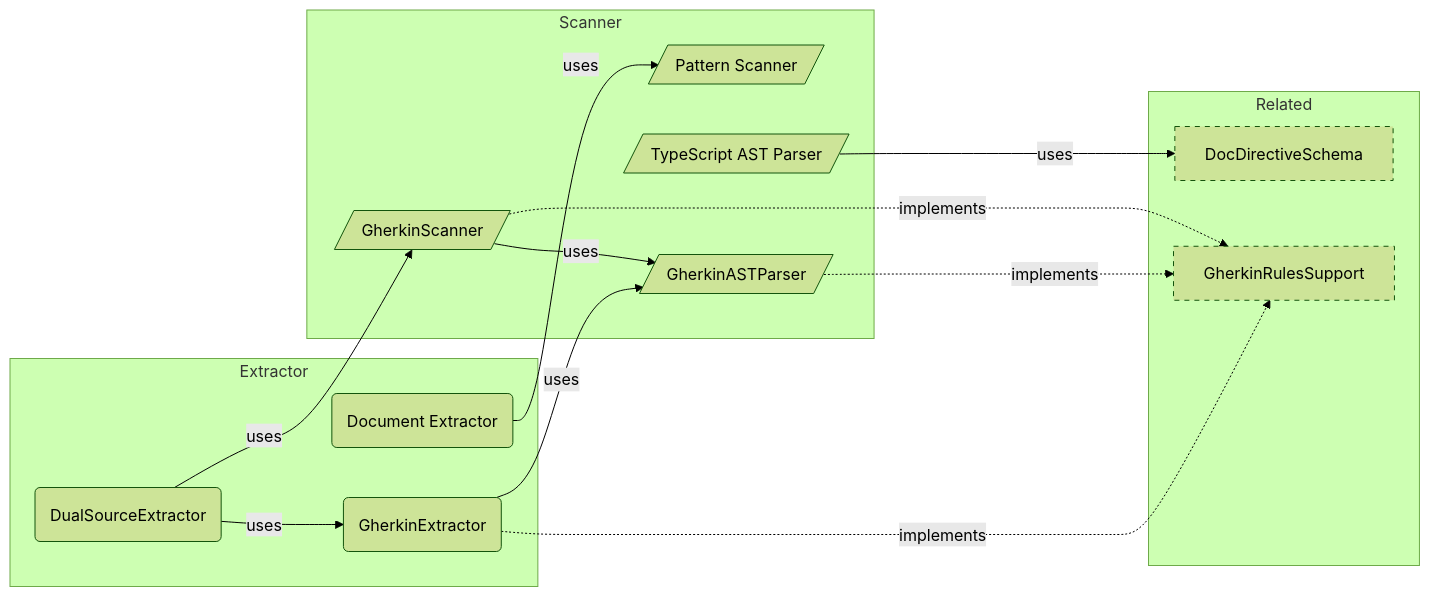
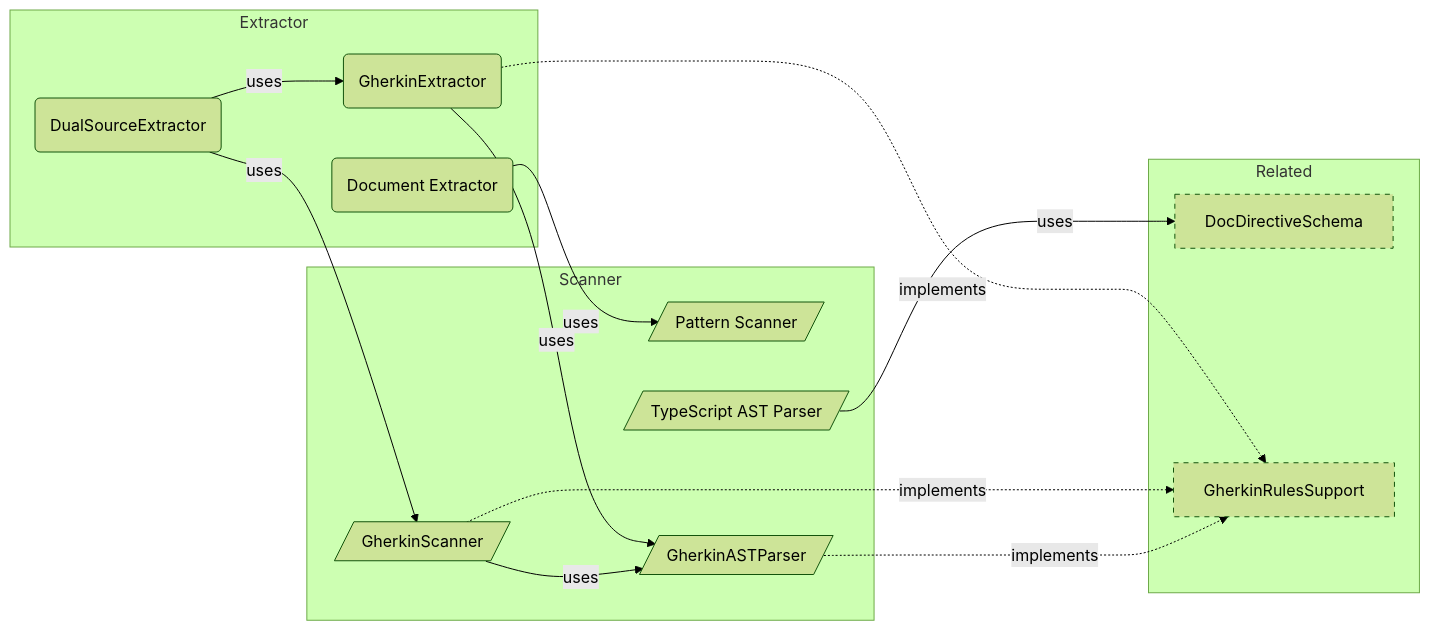
Before and after one commit to libar-dev/architect: the second of 2 diagrams in docs-live/product-areas/ANNOTATION.md, drawn with Mermaid (forest theme). The commit also changed other lines of this file and 14 other files, not shown here.

````diff
--- a/docs-live/product-areas/ANNOTATION.md
+++ b/docs-live/product-areas/ANNOTATION.md
@@ -66,28 +66,28 @@
 ```mermaid
 graph LR
     subgraph extractor["Extractor"]
         GherkinExtractor("GherkinExtractor")
         DualSourceExtractor("DualSourceExtractor")
         Document_Extractor("Document Extractor")
     end
     subgraph scanner["Scanner"]
         Pattern_Scanner[/"Pattern Scanner"/]
         GherkinScanner[/"GherkinScanner"/]
         GherkinASTParser[/"GherkinASTParser"/]
         TypeScript_AST_Parser[/"TypeScript AST Parser"/]
     end
     subgraph related["Related"]
         DocDirectiveSchema["DocDirectiveSchema"]:::neighbor
         GherkinRulesSupport["GherkinRulesSupport"]:::neighbor
     end
-    GherkinScanner -->|uses| GherkinASTParser
-    GherkinScanner ..->|implements| GherkinRulesSupport
-    GherkinASTParser ..->|implements| GherkinRulesSupport
-    TypeScript_AST_Parser -->|uses| DocDirectiveSchema
     GherkinExtractor -->|uses| GherkinASTParser
     GherkinExtractor ..->|implements| GherkinRulesSupport
     DualSourceExtractor -->|uses| GherkinExtractor
     DualSourceExtractor -->|uses| GherkinScanner
     Document_Extractor -->|uses| Pattern_Scanner
+    GherkinScanner -->|uses| GherkinASTParser
+    GherkinScanner ..->|implements| GherkinRulesSupport
+    GherkinASTParser ..->|implements| GherkinRulesSupport
+    TypeScript_AST_Parser -->|uses| DocDirectiveSchema
     classDef neighbor stroke-dasharray: 5 5
 ```
````
